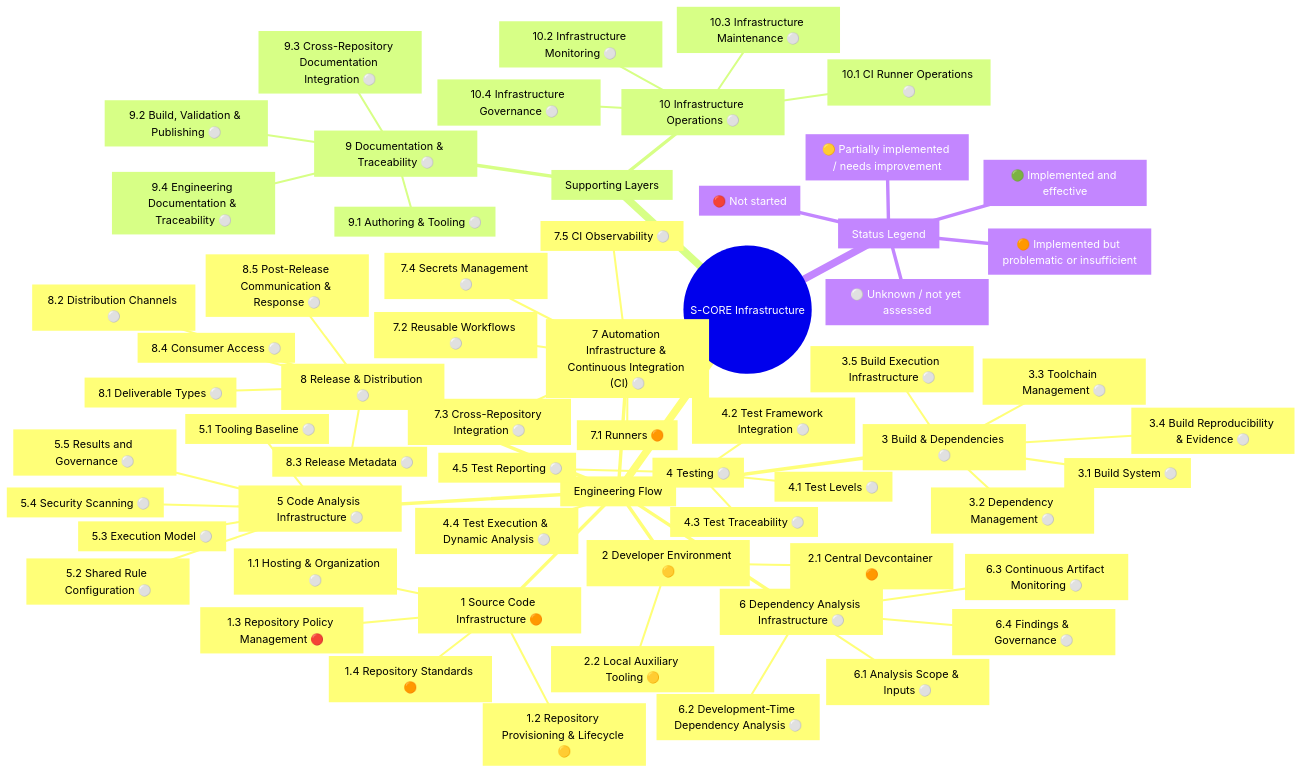
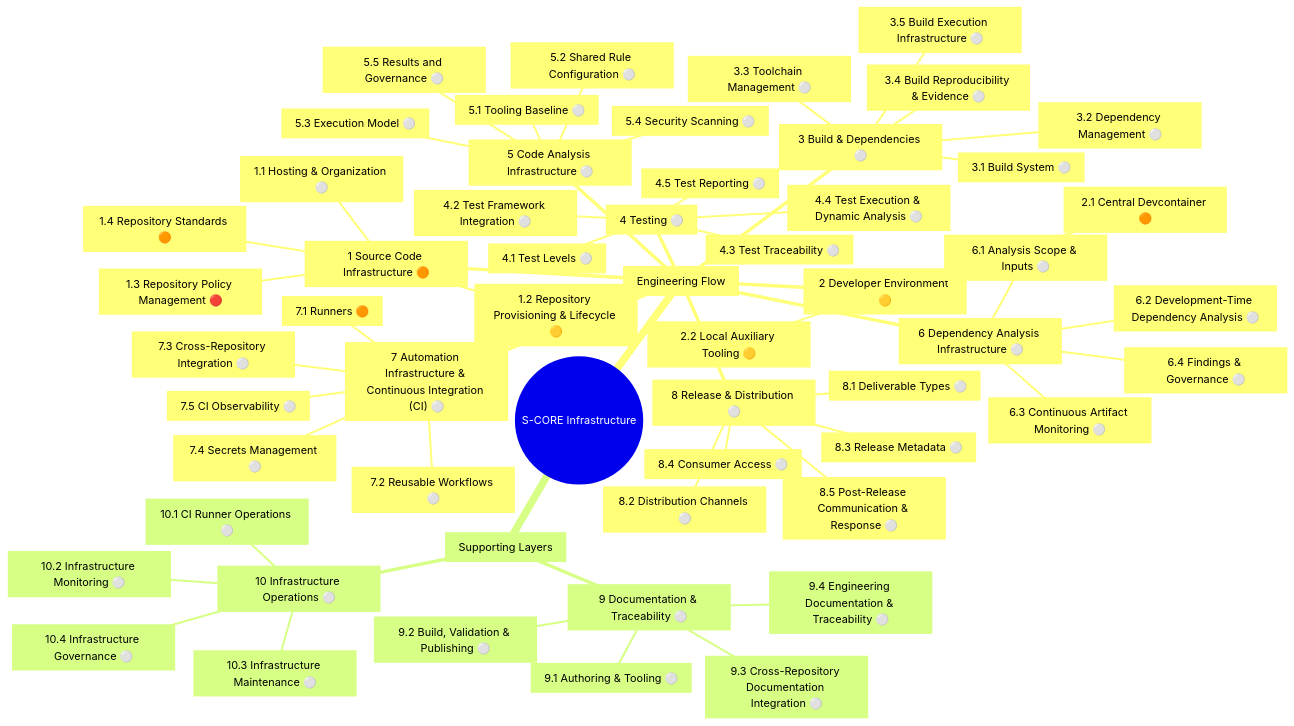
The diagram in docs/mindmap.md (eclipse-score/infrastructure), drawn with Mermaid before and after one commit. The commit also changed 1 other file, not shown here.

Commit message:
remove legend

```diff
--- a/docs/mindmap.md
+++ b/docs/mindmap.md
@@ -13,65 +13,59 @@
 <div class="mermaid">
 mindmap
   root((S-CORE Infrastructure))
     flow[&quot;Engineering Flow&quot;]
       node_001[&quot;1 Source Code Infrastructure 🟠&quot;]
         node_002[&quot;1.1 Hosting &amp; Organization ⚪&quot;]
         node_003[&quot;1.2 Repository Provisioning &amp; Lifecycle 🟡&quot;]
         node_004[&quot;1.3 Repository Policy Management 🔴&quot;]
         node_005[&quot;1.4 Repository Standards 🟠&quot;]
       node_006[&quot;2 Developer Environment 🟡&quot;]
         node_007[&quot;2.1 Central Devcontainer 🟠&quot;]
         node_008[&quot;2.2 Local Auxiliary Tooling 🟡&quot;]
       node_009[&quot;3 Build &amp; Dependencies ⚪&quot;]
         node_010[&quot;3.1 Build System ⚪&quot;]
         node_011[&quot;3.2 Dependency Management ⚪&quot;]
         node_012[&quot;3.3 Toolchain Management ⚪&quot;]
         node_013[&quot;3.4 Build Reproducibility &amp; Evidence ⚪&quot;]
         node_014[&quot;3.5 Build Execution Infrastructure ⚪&quot;]
       node_015[&quot;4 Testing ⚪&quot;]
         node_016[&quot;4.1 Test Levels ⚪&quot;]
         node_017[&quot;4.2 Test Framework Integration ⚪&quot;]
         node_018[&quot;4.3 Test Traceability ⚪&quot;]
         node_019[&quot;4.4 Test Execution &amp; Dynamic Analysis ⚪&quot;]
         node_020[&quot;4.5 Test Reporting ⚪&quot;]
       node_021[&quot;5 Code Analysis Infrastructure ⚪&quot;]
         node_022[&quot;5.1 Tooling Baseline ⚪&quot;]
         node_023[&quot;5.2 Shared Rule Configuration ⚪&quot;]
         node_024[&quot;5.3 Execution Model ⚪&quot;]
         node_025[&quot;5.4 Security Scanning ⚪&quot;]
         node_026[&quot;5.5 Results and Governance ⚪&quot;]
       node_027[&quot;6 Dependency Analysis Infrastructure ⚪&quot;]
         node_028[&quot;6.1 Analysis Scope &amp; Inputs ⚪&quot;]
         node_029[&quot;6.2 Development-Time Dependency Analysis ⚪&quot;]
         node_030[&quot;6.3 Continuous Artifact Monitoring ⚪&quot;]
         node_031[&quot;6.4 Findings &amp; Governance ⚪&quot;]
       node_032[&quot;7 Automation Infrastructure &amp; Continuous Integration (CI) ⚪&quot;]
         node_033[&quot;7.1 Runners 🟠&quot;]
         node_034[&quot;7.2 Reusable Workflows ⚪&quot;]
         node_035[&quot;7.3 Cross-Repository Integration ⚪&quot;]
         node_036[&quot;7.4 Secrets Management ⚪&quot;]
         node_037[&quot;7.5 CI Observability ⚪&quot;]
       node_038[&quot;8 Release &amp; Distribution ⚪&quot;]
         node_039[&quot;8.1 Deliverable Types ⚪&quot;]
         node_040[&quot;8.2 Distribution Channels ⚪&quot;]
         node_041[&quot;8.3 Release Metadata ⚪&quot;]
         node_042[&quot;8.4 Consumer Access ⚪&quot;]
         node_043[&quot;8.5 Post-Release Communication &amp; Response ⚪&quot;]
     support[&quot;Supporting Layers&quot;]
       node_044[&quot;9 Documentation &amp; Traceability ⚪&quot;]
         node_045[&quot;9.1 Authoring &amp; Tooling ⚪&quot;]
         node_046[&quot;9.2 Build, Validation &amp; Publishing ⚪&quot;]
         node_047[&quot;9.3 Cross-Repository Documentation Integration ⚪&quot;]
         node_048[&quot;9.4 Engineering Documentation &amp; Traceability ⚪&quot;]
       node_049[&quot;10 Infrastructure Operations ⚪&quot;]
         node_050[&quot;10.1 CI Runner Operations ⚪&quot;]
         node_051[&quot;10.2 Infrastructure Monitoring ⚪&quot;]
         node_052[&quot;10.3 Infrastructure Maintenance ⚪&quot;]
         node_053[&quot;10.4 Infrastructure Governance ⚪&quot;]
-    legend[&quot;Status Legend&quot;]
-      status_green[&quot;🟢 Implemented and effective&quot;]
-      status_yellow[&quot;🟡 Partially implemented / needs improvement&quot;]
-      status_orange[&quot;🟠 Implemented but problematic or insufficient&quot;]
-      status_red[&quot;🔴 Not started&quot;]
-      status_unknown[&quot;⚪ Unknown / not yet assessed&quot;]
 </div>
```
